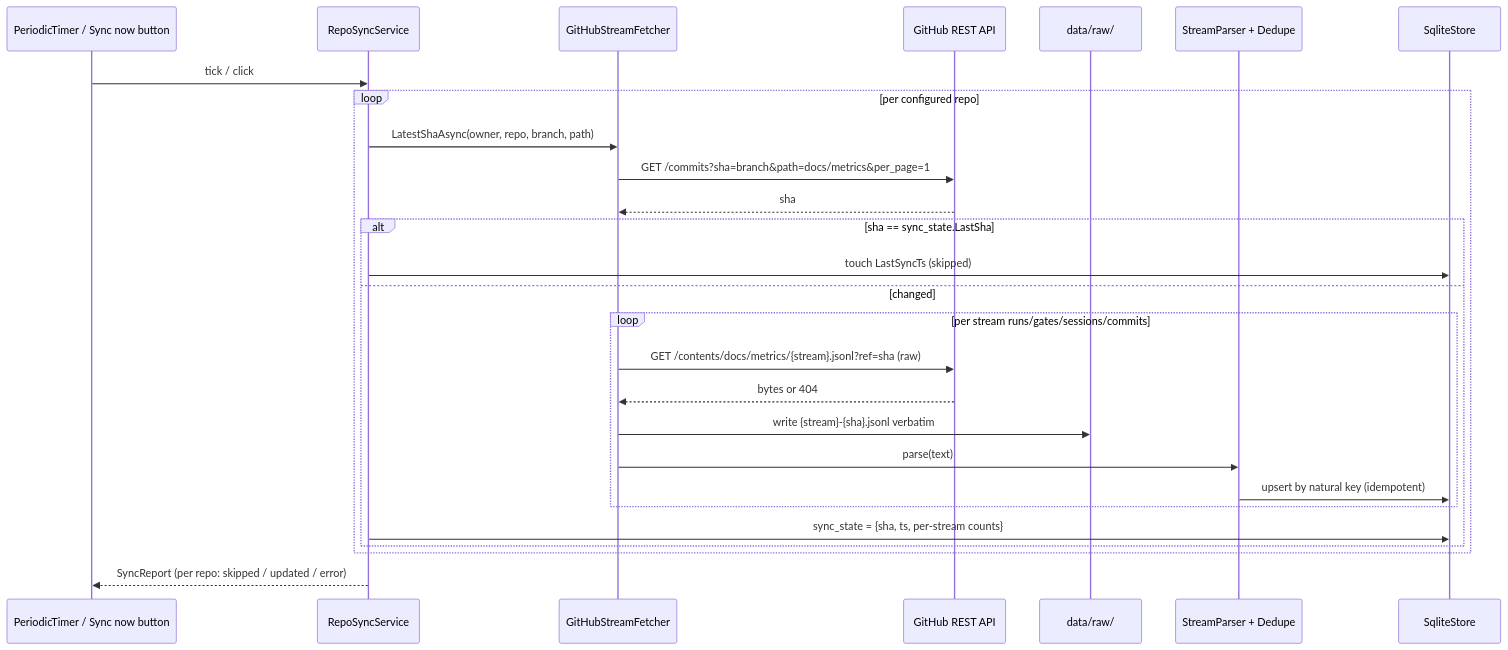
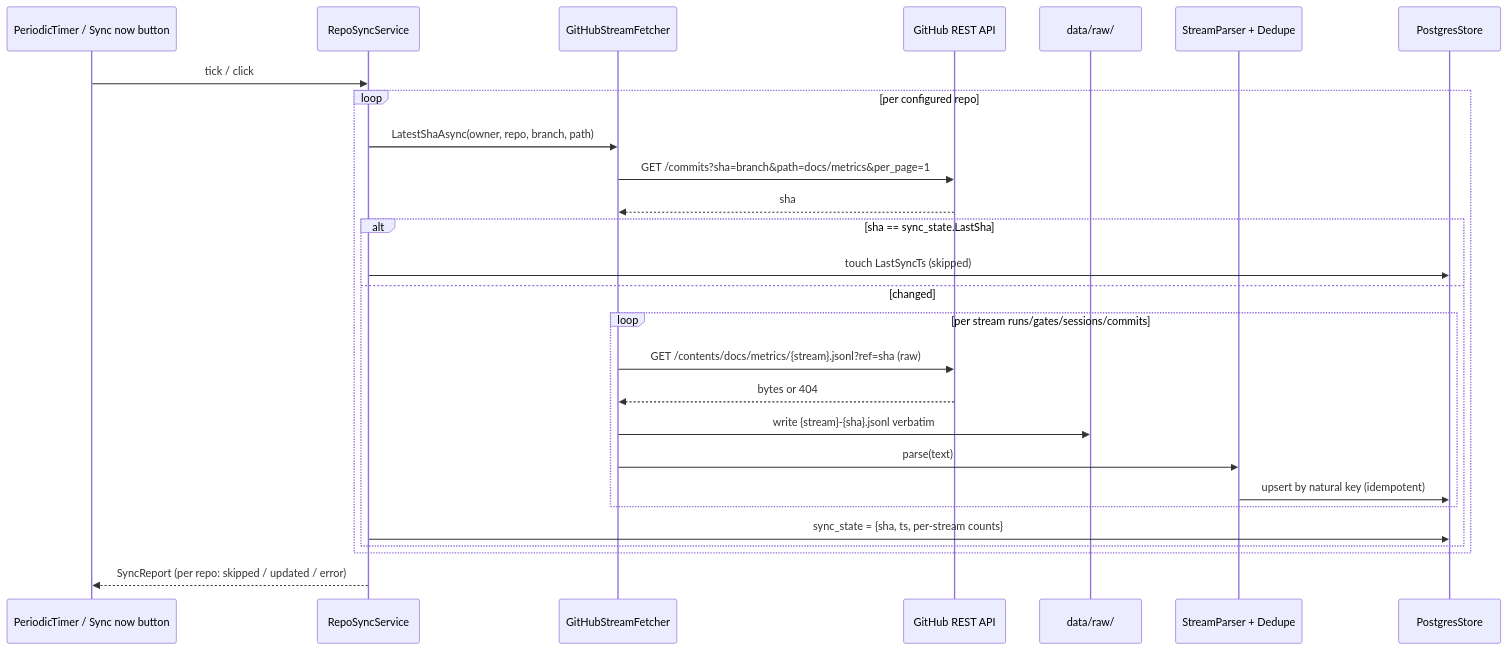
Before and after one commit to techierathore/TfLens: the third of 9 diagrams in docs/TfLens-Architecture.md, drawn with Mermaid. The commit also changed other lines of this file and 26 other files, not shown here.

````diff
--- a/docs/TfLens-Architecture.md
+++ b/docs/TfLens-Architecture.md
@@ -169,29 +191,29 @@
 ```mermaid
 sequenceDiagram
   participant T as PeriodicTimer / Sync now button
   participant SS as RepoSyncService
   participant F as GitHubStreamFetcher
   participant GH as GitHub REST API
   participant Raw as data/raw/
   participant P as StreamParser + Dedupe
-  participant S as SqliteStore
+  participant S as PostgresStore
   T->>SS: tick / click
   loop per configured repo
     SS->>F: LatestShaAsync(owner, repo, branch, path)
     F->>GH: GET /commits?sha=branch&path=docs/metrics&per_page=1
     GH-->>F: sha
     alt sha == sync_state.LastSha
       SS->>S: touch LastSyncTs (skipped)
     else changed
       loop per stream runs/gates/sessions/commits
         F->>GH: GET /contents/docs/metrics/{stream}.jsonl?ref=sha (raw)
         GH-->>F: bytes or 404
         F->>Raw: write {stream}-{sha}.jsonl verbatim
         F->>P: parse(text)
         P->>S: upsert by natural key (idempotent)
       end
       SS->>S: sync_state = {sha, ts, per-stream counts}
     end
   end
   SS-->>T: SyncReport (per repo: skipped / updated / error)
 ```
````
